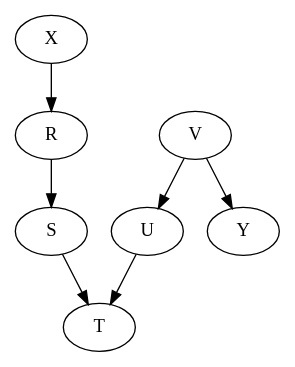
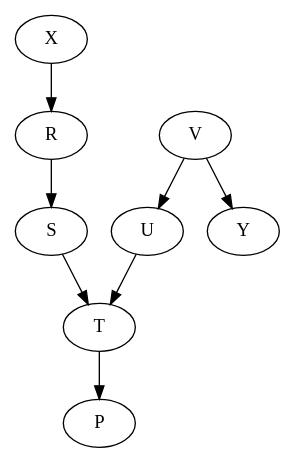
One commit to DataForScience/Causality changed the diagram in dags/Primer.Fig.2.6.dot. Above: the diagram before and after it, drawn with Graphviz. The commit also changed 7 other files, not shown here.

```diff
--- a/dags/Primer.Fig.2.6.dot
+++ b/dags/Primer.Fig.2.6.dot
@@ -1,15 +1,17 @@
 strict digraph  {
 X [x=0, y=0];
 R [x=1, y=0];
 S [x=2, y=0];
 T [x=3, y=0];
 U [x=4, y=0];
 V [x=5, y=0];
 Y [x=6, y=0];
+P [x=3, y="-1"];
 X -> R;
 R -> S;
 S -> T;
+T -> P;
 U -> T;
 V -> U;
 V -> Y;
 }
```
